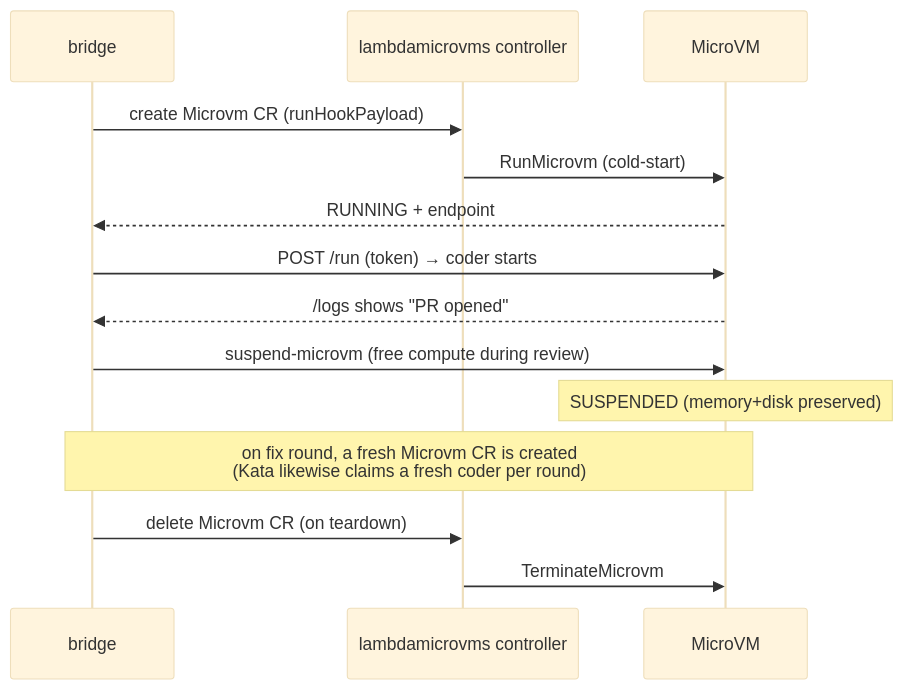
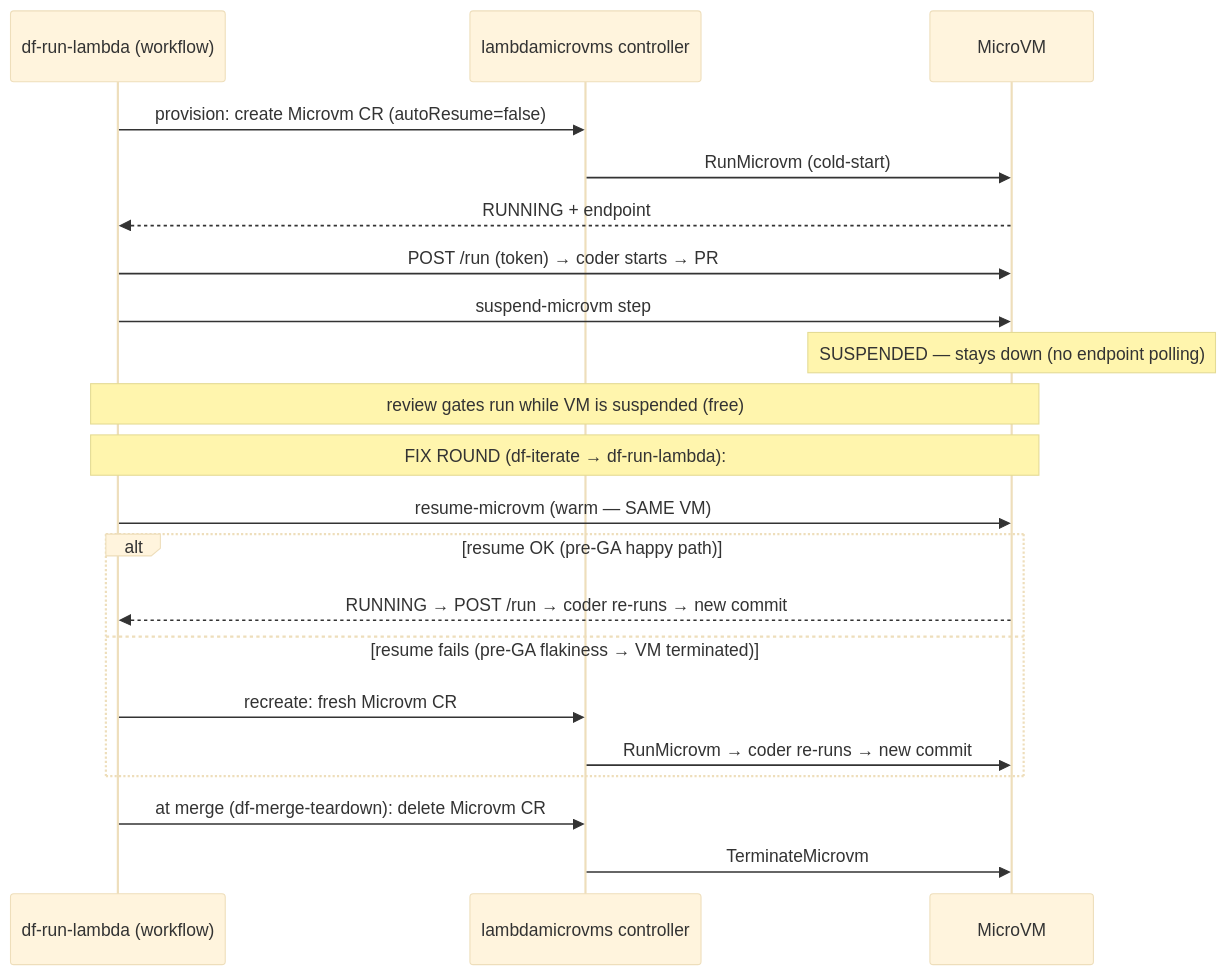
The fourth of 5 diagrams in docs/dark-factory/SUBSTRATE-DIAGRAMS.md (aws-samples/sample-open-agentic-platform), drawn with Mermaid (base theme) before and after one commit. The commit also changed other lines of this file and 1 other file, not shown here.

First line of the commit message:
docs(flow-d): update benchmark + diagrams for separate df-run-lambda

````diff
--- a/docs/dark-factory/SUBSTRATE-DIAGRAMS.md
+++ b/docs/dark-factory/SUBSTRATE-DIAGRAMS.md
@@ -79,16 +80,23 @@
 ```mermaid
 sequenceDiagram
-    participant B as bridge
+    participant W as df-run-lambda (workflow)
     participant C as lambdamicrovms controller
     participant V as MicroVM
-    B->>C: create Microvm CR (runHookPayload)
+    W->>C: provision: create Microvm CR (autoResume=false)
     C->>V: RunMicrovm (cold-start)
-    V-->>B: RUNNING + endpoint
-    B->>V: POST /run (token) → coder starts
-    V-->>B: /logs shows "PR opened"
-    B->>V: suspend-microvm (free compute during review)
-    Note over V: SUSPENDED (memory+disk preserved)
-    Note over B,V: on fix round, a fresh Microvm CR is created<br/>(Kata likewise claims a fresh coder per round)
-    B->>C: delete Microvm CR (on teardown)
+    V-->>W: RUNNING + endpoint
+    W->>V: POST /run (token) → coder starts → PR
+    W->>V: suspend-microvm step
+    Note over V: SUSPENDED — stays down (no endpoint polling)
+    Note over W,V: review gates run while VM is suspended (free)
+    Note over W,V: FIX ROUND (df-iterate → df-run-lambda):
+    W->>V: resume-microvm (warm — SAME VM)
+    alt resume OK (pre-GA happy path)
+        V-->>W: RUNNING → POST /run → coder re-runs → new commit
+    else resume fails (pre-GA flakiness → VM terminated)
+        W->>C: recreate: fresh Microvm CR
+        C->>V: RunMicrovm → coder re-runs → new commit
+    end
+    W->>C: at merge (df-merge-teardown): delete Microvm CR
     C->>V: TerminateMicrovm
 ```
````
